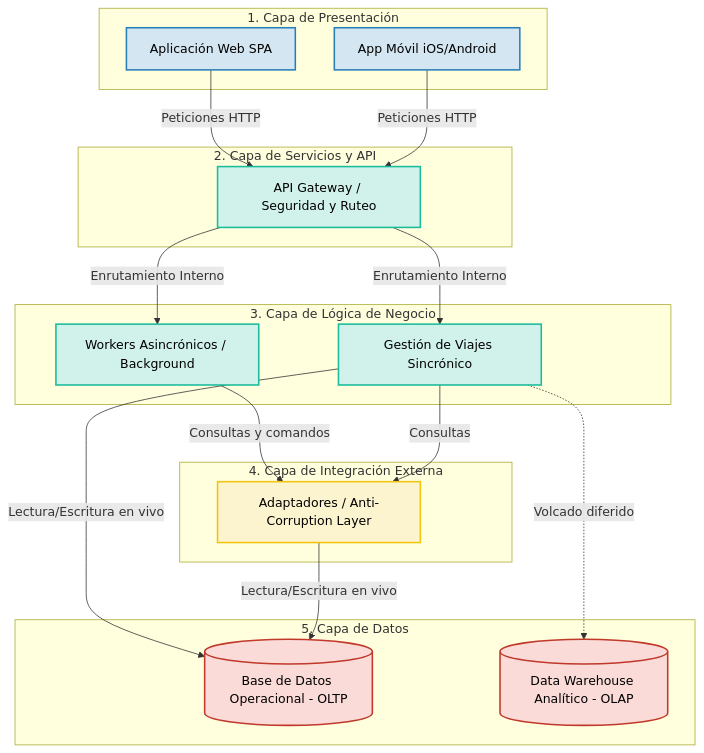
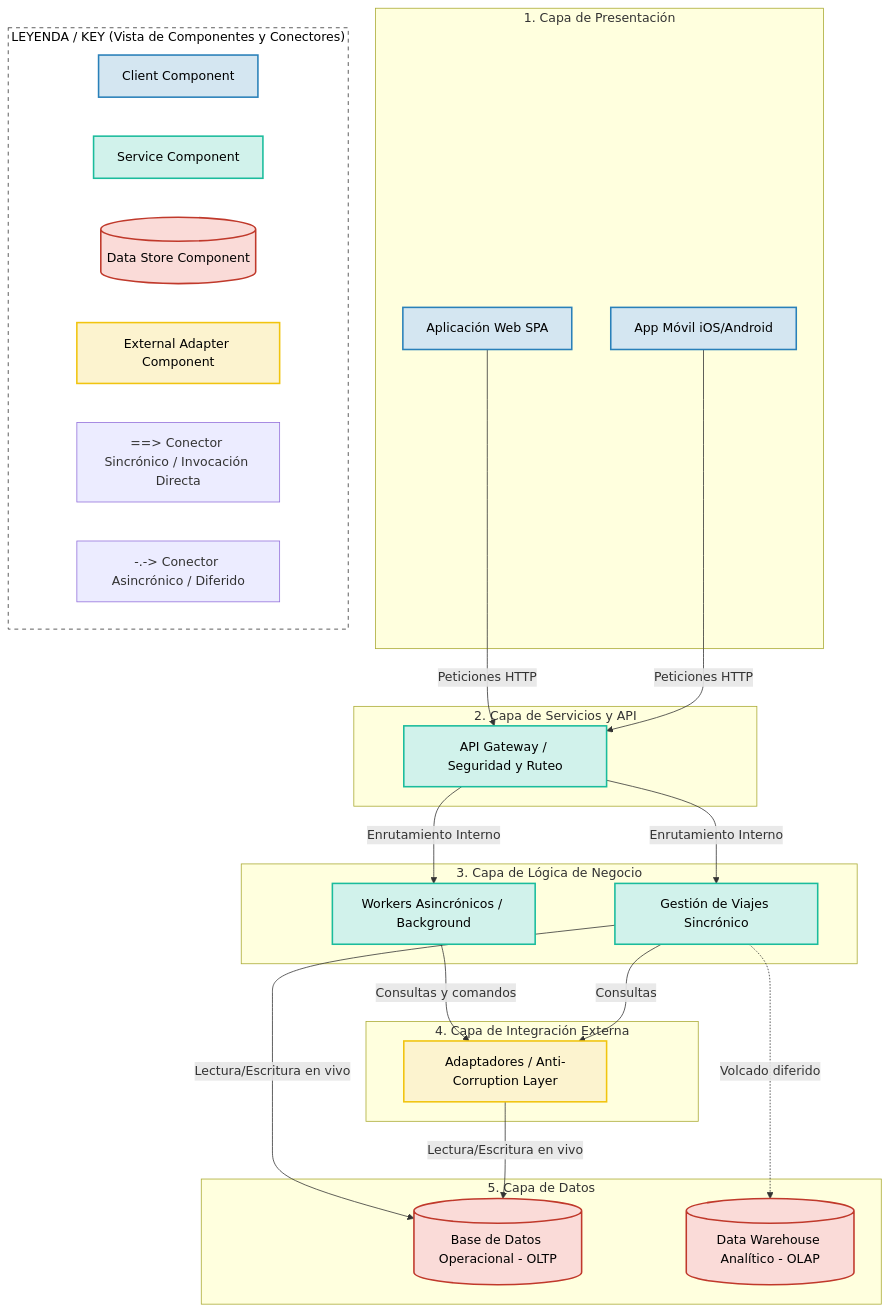
Before and after one commit to ulisesmatteoda/Trotamundos-Grupo23: the second of 2 diagrams in Iteraciones/Iteracion-1.md, drawn with Mermaid.

Commit message:
Refine architecture diagram styles and connections
Updated component styles and relationships in the architecture diagram.

````diff
--- a/Iteraciones/Iteracion-1.md
+++ b/Iteraciones/Iteracion-1.md
@@ -109,48 +109,81 @@
 ```mermaid
 flowchart TD
-    %% Estilos de las cajas
-    classDef layer fill:#f9f9f9,stroke:#333,stroke-width:2px,color:#333;
-    classDef client fill:#d4e6f1,stroke:#2980b9,stroke-width:2px,color:#000;
-    classDef core fill:#d1f2eb,stroke:#1abc9c,stroke-width:2px,color:#000;
-    classDef data fill:#fadbd8,stroke:#c0392b,stroke-width:2px,color:#000;
-    classDef external fill:#fcf3cf,stroke:#f1c40f,stroke-width:2px,color:#000;
+    %% ==========================================
+    %% DEFINICIÓN DE ESTILOS DE COMPONENTES (C&C)
+    %% ==========================================
+    classDef clientComp fill:#d4e6f1,stroke:#2980b9,stroke-width:2px,color:#000;
+    classDef serviceComp fill:#d1f2eb,stroke:#1abc9c,stroke-width:2px,color:#000;
+    classDef dataComp fill:#fadbd8,stroke:#c0392b,stroke-width:2px,color:#000;
+    classDef externalComp fill:#fcf3cf,stroke:#f1c40f,stroke-width:2px,color:#000;
+    classDef keyBox fill:#ffffff,stroke:#333333,stroke-width:1px,stroke-dasharray: 5 5,color:#000;
 
-    %% Nodos principales
+    %% ==========================================
+    %% 1. CAPA DE PRESENTACIÓN
+    %% ==========================================
     subgraph CapaPresentacion [1. Capa de Presentación]
-        Web[Aplicación Web SPA]:::client
-        App[App Móvil iOS/Android]:::client
+        Web[Aplicación Web SPA]:::clientComp
+        App[App Móvil iOS/Android]:::clientComp
     end
 
+    %% ==========================================
+    %% 2. CAPA DE SERVICIOS Y API
+    %% ==========================================
     subgraph CapaAPI [2. Capa de Servicios y API]
-        Gateway[API Gateway / Seguridad y Ruteo]:::core
+        Gateway[API Gateway / Seguridad y Ruteo]:::serviceComp
     end
 
+    %% ==========================================
+    %% 3. CAPA DE LÓGICA DE NEGOCIO
+    %% ==========================================
     subgraph CapaNegocio [3. Capa de Lógica de Negocio]
-        Sync[Gestión de Viajes Sincrónico]:::core
-        Async[Workers Asincrónicos / Background]:::core
+        Sync[Gestión de Viajes Sincrónico]:::serviceComp
+        Async[Workers Asincrónicos / Background]:::serviceComp
     end
 
+    %% ==========================================
+    %% 4. CAPA DE INTEGRACIÓN EXTERNA
+    %% ==========================================
     subgraph CapaIntegracion [4. Capa de Integración Externa]
-        Adapters[Adaptadores / Anti-Corruption Layer]:::external
+        Adapters[Adaptadores / Anti-Corruption Layer]:::externalComp
     end
 
+    %% ==========================================
+    %% 5. CAPA DE DATOS
+    %% ==========================================
     subgraph CapaDatos [5. Capa de Datos]
-        OLTP[(Base de Datos Operacional - OLTP)]:::data
-        OLAP[(Data Warehouse Analítico - OLAP)]:::data
+        OLTP[(Base de Datos Operacional - OLTP)]:::dataComp
+        OLAP[(Data Warehouse Analítico - OLAP)]:::dataComp
     end
 
-    %% Relaciones y flujo de datos
+    %% ==========================================
+    %% RELACIONES Y FLUSO DE DATOS (CONECTORES)
+    %% ==========================================
     Web -->|Peticiones HTTP| Gateway
     App -->|Peticiones HTTP| Gateway
     
     Gateway -->|Enrutamiento Interno| Sync
     Gateway -->|Enrutamiento Interno| Async
     
     Sync -->|Lectura/Escritura en vivo| OLTP
     Sync -.->|Volcado diferido| OLAP
     
     Async -->|Consultas y comandos| Adapters
     Sync -->|Consultas| Adapters
     
     Adapters -->|Lectura/Escritura en vivo| OLTP
+
+    %% ==========================================
+    %% LEYENDA RIGUROSA C&C (SEGUN LIBRO BASS ET AL.)
+    %% ==========================================
+    subgraph Leyenda ["LEYENDA / KEY (Vista de Componentes y Conectores)"]
+        direction LR
+        K_Client[Client Component]:::clientComp
+        K_Service[Service Component]:::serviceComp
+        K_Data[(Data Store Component)]:::dataComp
+        K_Ext[External Adapter Component]:::externalComp
+        
+        K_Conn1[==> Conector Sincrónico / Invocación Directa]
+        K_Conn2[-.-> Conector Asincrónico / Diferido]
+    end
+    class Leyenda keyBox;
 ```
````
